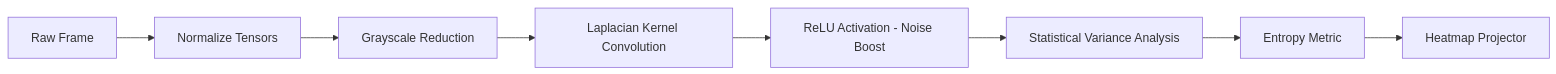
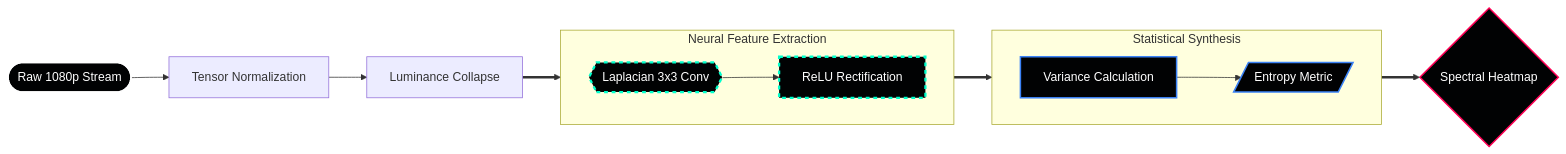
Before and after one commit to ritvikindupuri/FSD_Security: the second of 4 diagrams in documentation.md, drawn with Mermaid. The commit also changed other lines of this file, not shown here.

Commit message:
Enhance documentation for Agent Alpha and flowchart
Refine mathematical logic and detection logic sections for clarity and detail. Update flowchart for improved visualization of the processing pipeline.

````diff
--- a/documentation.md
+++ b/documentation.md
@@ -71,10 +66,41 @@
 ```mermaid
-graph LR
-    Input[Raw Frame] --> Norm[Normalize Tensors]
-    Norm --> Gray[Grayscale Reduction]
-    Gray --> Conv[Laplacian Kernel Convolution]
-    Conv --> ReLU[ReLU Activation - Noise Boost]
-    ReLU --> Var[Statistical Variance Analysis]
-    Var --> Score[Entropy Metric]
-    Score --> Overlay[Heatmap Projector]
+flowchart LR
+    %% Node Definitions
+    Input([Raw 1080p Stream])
+    Norm[Tensor Normalization]
+    Gray[Luminance Collapse]
+    
+    subgraph Feature_Extraction [Neural Feature Extraction]
+        direction LR
+        Conv{{Laplacian 3x3 Conv}}
+        ReLU[ReLU Rectification]
+    end
+
+    subgraph Statistical_Synthesis [Statistical Synthesis]
+        direction LR
+        Var[Variance Calculation]
+        Score[/Entropy Metric/]
+    end
+
+    HM{Spectral Heatmap}
+
+    %% Flow Logic
+    Input --> Norm
+    Norm --> Gray
+    Gray ==> Conv
+    Conv --> ReLU
+    ReLU ==> Var
+    Var --> Score
+    Score ==> HM
+
+    %% Styling
+    classDef inputStyle fill:#010203,stroke:#fff,stroke-width:2px,color:#fff
+    classDef convStyle fill:#010203,stroke:#00ffcc,stroke-width:3px,color:#fff,stroke-dasharray: 5 5
+    classDef decisionStyle fill:#010203,stroke:#3b82f6,stroke-width:2px,color:#fff
+    classDef outputStyle fill:#010203,stroke:#ff0055,stroke-width:2px,color:#fff
+
+    class Input inputStyle
+    class Conv,ReLU convStyle
+    class Var,Score decisionStyle
+    class HM outputStyle
 ```
````
